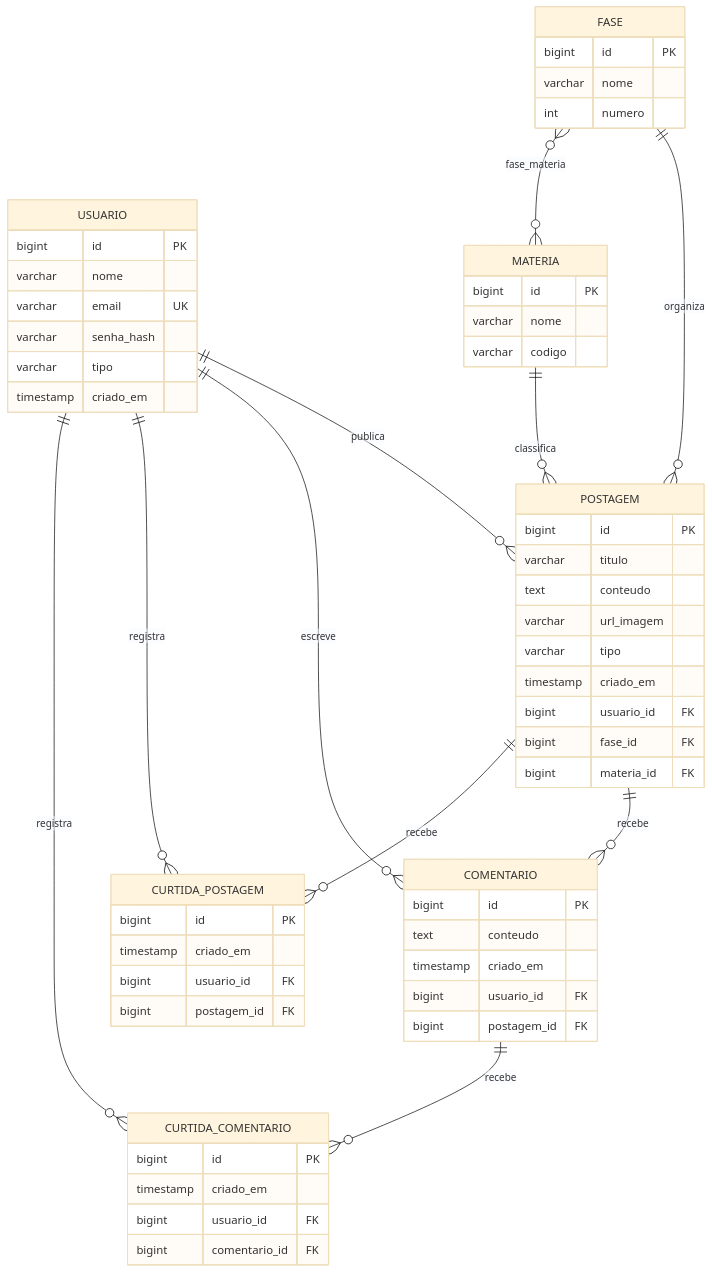
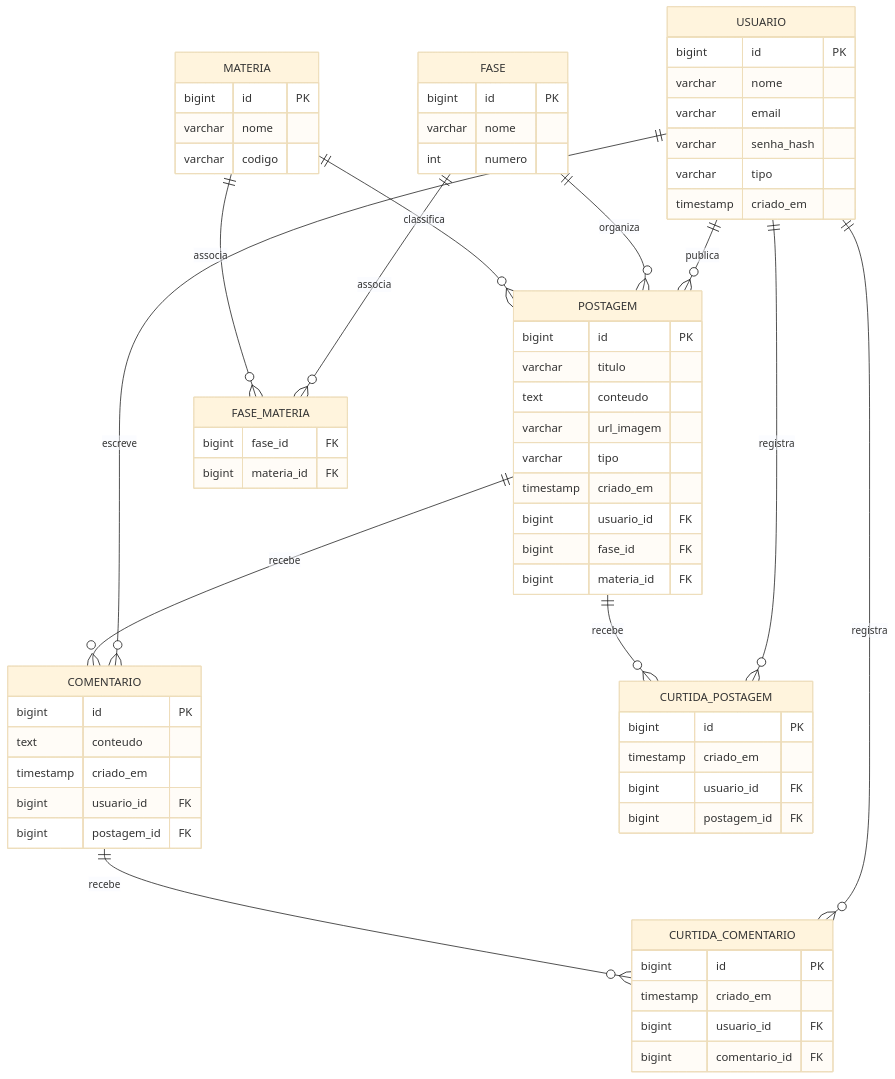
The third of 6 diagrams in backend/docs/ARQUITETURA_E_MODELO.md (anaclat/prosigaa), drawn with Mermaid (base theme) before and after one commit. The commit also changed other lines of this file, not shown here.

Commit message:
docs: atualiza diagrama de classes com enums

````diff
--- a/backend/docs/ARQUITETURA_E_MODELO.md
+++ b/backend/docs/ARQUITETURA_E_MODELO.md
@@ -76,61 +97,67 @@
 ```mermaid
 erDiagram
     USUARIO ||--o{ POSTAGEM : publica
     USUARIO ||--o{ COMENTARIO : escreve
+    USUARIO ||--o{ CURTIDA_POSTAGEM : registra
+    USUARIO ||--o{ CURTIDA_COMENTARIO : registra
+    FASE ||--o{ FASE_MATERIA : associa
+    MATERIA ||--o{ FASE_MATERIA : associa
     FASE ||--o{ POSTAGEM : organiza
     MATERIA ||--o{ POSTAGEM : classifica
-    FASE }o--o{ MATERIA : fase_materia
     POSTAGEM ||--o{ COMENTARIO : recebe
-    USUARIO ||--o{ CURTIDA_POSTAGEM : registra
     POSTAGEM ||--o{ CURTIDA_POSTAGEM : recebe
-    USUARIO ||--o{ CURTIDA_COMENTARIO : registra
     COMENTARIO ||--o{ CURTIDA_COMENTARIO : recebe
+
     USUARIO {
       bigint id PK
       varchar nome
-      varchar email UK
+      varchar email
       varchar senha_hash
       varchar tipo
       timestamp criado_em
     }
     FASE {
       bigint id PK
       varchar nome
       int numero
     }
     MATERIA {
       bigint id PK
       varchar nome
       varchar codigo
+    }
+    FASE_MATERIA {
+      bigint fase_id FK
+      bigint materia_id FK
     }
     POSTAGEM {
       bigint id PK
       varchar titulo
       text conteudo
       varchar url_imagem
       varchar tipo
       timestamp criado_em
       bigint usuario_id FK
       bigint fase_id FK
       bigint materia_id FK
     }
     COMENTARIO {
       bigint id PK
       text conteudo
       timestamp criado_em
       bigint usuario_id FK
       bigint postagem_id FK
     }
     CURTIDA_POSTAGEM {
       bigint id PK
       timestamp criado_em
       bigint usuario_id FK
       bigint postagem_id FK
     }
     CURTIDA_COMENTARIO {
       bigint id PK
       timestamp criado_em
       bigint usuario_id FK
       bigint comentario_id FK
     }
 ```
````
